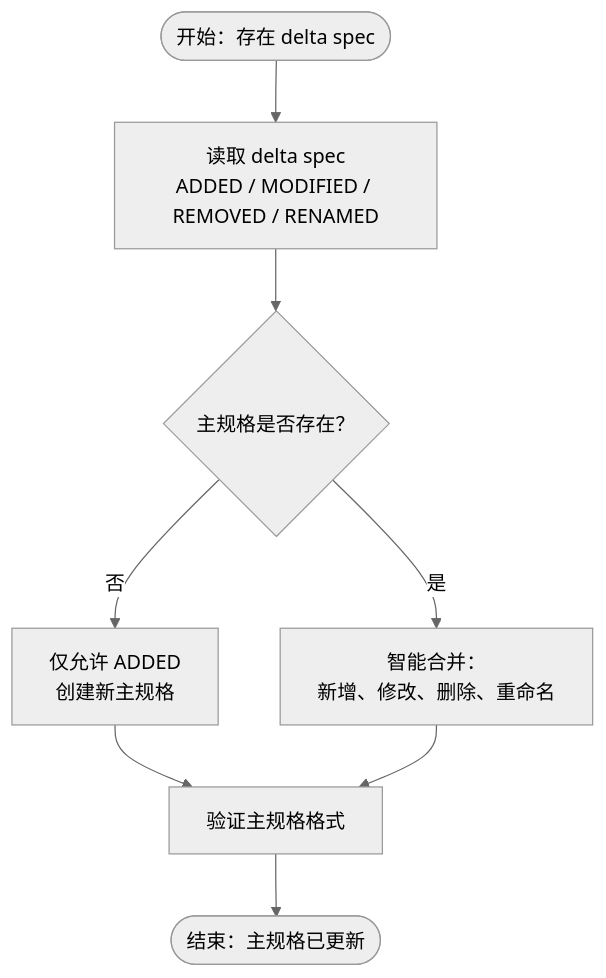
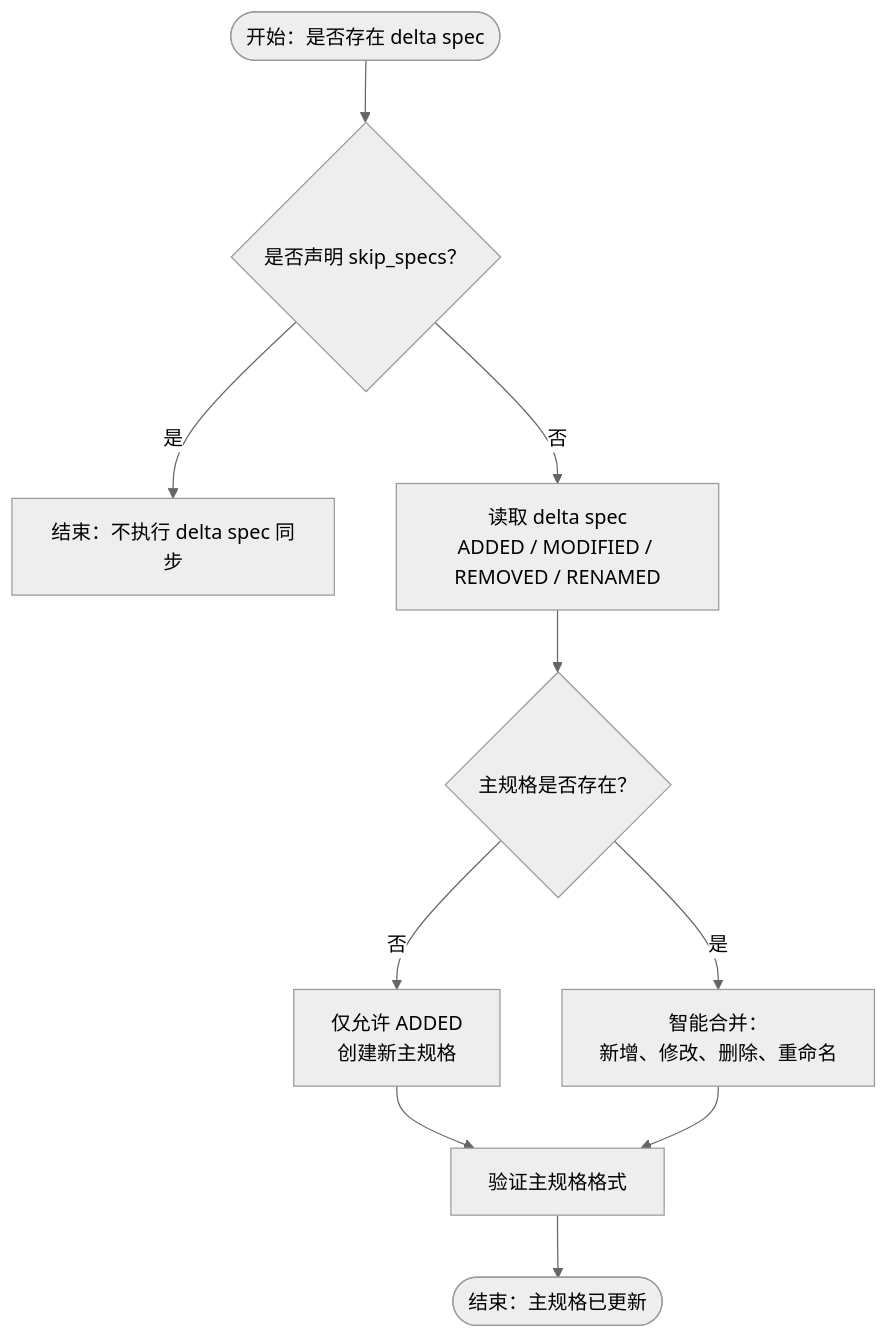
One commit to luyitiger6/my-first-project changed the fifth of 10 diagrams in .qoder/repowiki/zh/content/规格驱动开发/OpenSpec 工具使用.md. Above: the diagram before and after it, drawn with Mermaid (neutral theme). The commit also changed other lines of this file and 33 other files, not shown here.

````diff
--- a/.qoder/repowiki/zh/content/规格驱动开发/OpenSpec 工具使用.md
+++ b/.qoder/repowiki/zh/content/规格驱动开发/OpenSpec 工具使用.md
@@ -202,10 +252,12 @@
 ```mermaid
 flowchart TD
-Start(["开始：存在 delta spec"]) --> ReadDelta["读取 delta spec<br/>ADDED / MODIFIED / REMOVED / RENAMED"]
+Start(["开始：是否存在 delta spec"]) --> CheckSkip{"是否声明 skip_specs？"}
+CheckSkip --> |是| EndSkip["结束：不执行 delta spec 同步"]
+CheckSkip --> |否| ReadDelta["读取 delta spec<br/>ADDED / MODIFIED / REMOVED / RENAMED"]
 ReadDelta --> CheckMain{"主规格是否存在？"}
 CheckMain --> |否| NewMain["仅允许 ADDED<br/>创建新主规格"]
 CheckMain --> |是| Merge["智能合并：<br/>新增、修改、删除、重命名"]
 NewMain --> Validate["验证主规格格式"]
 Merge --> Validate
 Validate --> Done(["结束：主规格已更新"])
 ```
````
